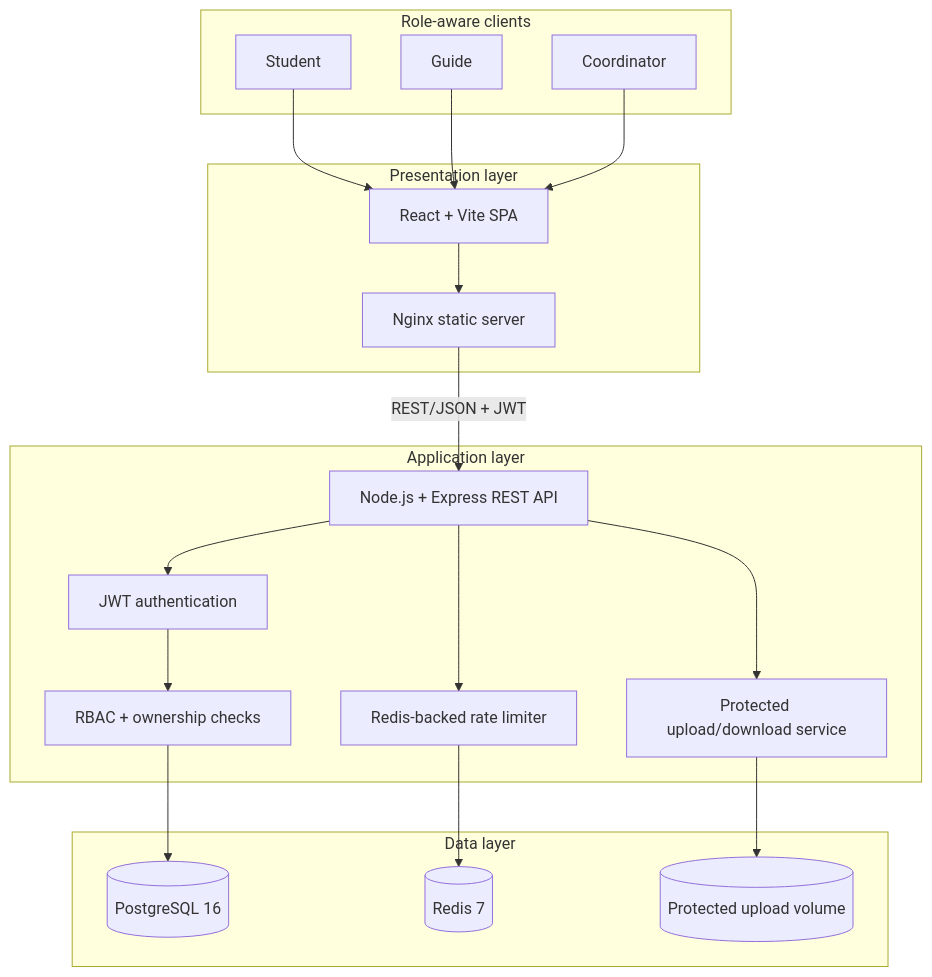
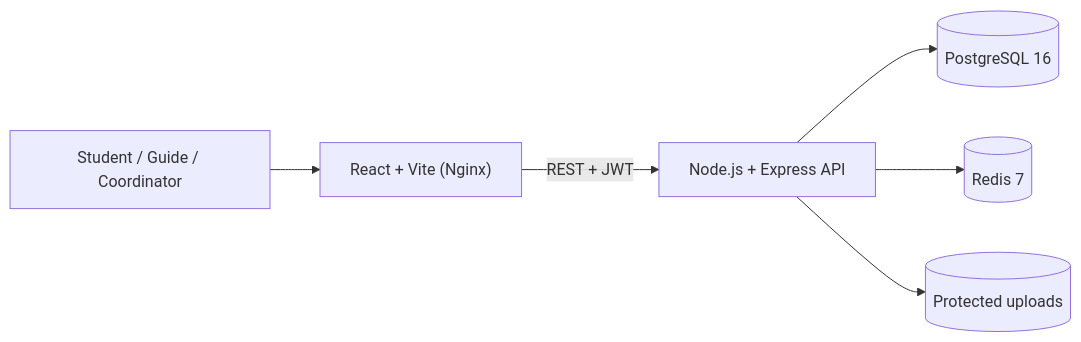
Before and after one commit to pokemon-uc/ProjectTrack: the diagram in README.md, drawn with Mermaid. The commit also changed other lines of this file, not shown here.

````diff
--- a/README.md
+++ b/README.md
@@ -108,40 +35,8 @@
 ```mermaid
-flowchart TB
-    subgraph Clients["Role-aware clients"]
-        S["Student"]
-        G["Guide"]
-        C["Coordinator"]
-    end
-
-    subgraph Frontend["Presentation layer"]
-        UI["React + Vite SPA"]
-        NG["Nginx static server"]
-    end
-
-    subgraph Backend["Application layer"]
-        API["Node.js + Express REST API"]
-        AUTH["JWT authentication"]
-        RBAC["RBAC + ownership checks"]
-        UPLOAD["Protected upload/download service"]
-        RATE["Redis-backed rate limiter"]
-    end
-
-    subgraph Data["Data layer"]
-        PG[("PostgreSQL 16")]
-        REDIS[("Redis 7")]
-        FILES[("Protected upload volume")]
-    end
-
-    S --> UI
-    G --> UI
-    C --> UI
-    UI --> NG
-    NG -->|"REST/JSON + JWT"| API
-    API --> AUTH
-    AUTH --> RBAC
-    API --> UPLOAD
-    API --> RATE
-    RBAC --> PG
-    RATE --> REDIS
-    UPLOAD --> FILES
+flowchart LR
+    U["Student / Guide / Coordinator"] --> FE["React + Vite (Nginx)"]
+    FE -->|"REST + JWT"| API["Node.js + Express API"]
+    API --> PG[("PostgreSQL 16")]
+    API --> RD[("Redis 7")]
+    API --> FS[("Protected uploads")]
 ```
````
